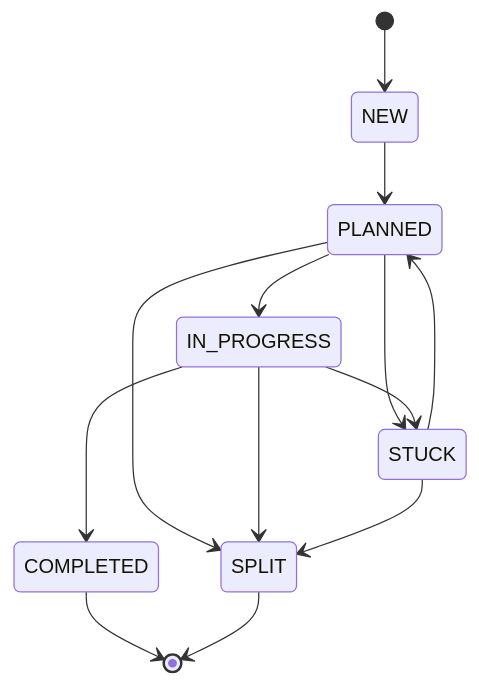
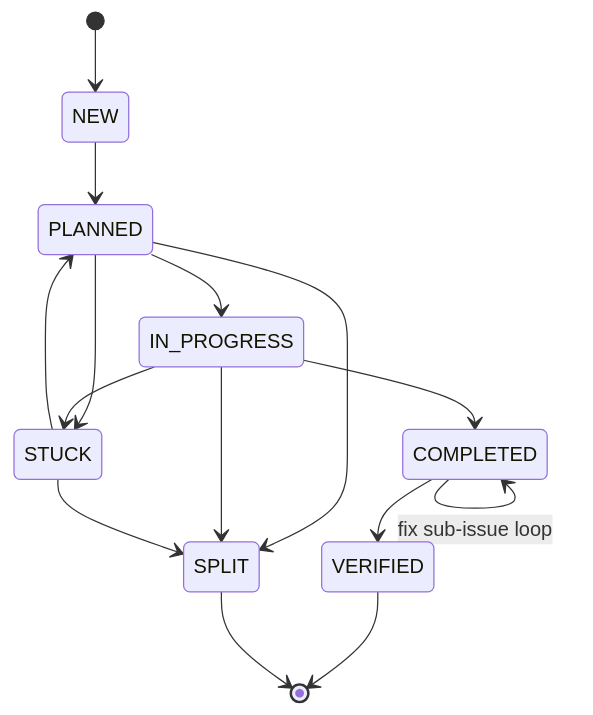
Before and after one commit to vx-daniel/barf-ts: the diagram in README.md, drawn with Mermaid. The commit also changed other lines of this file and 11 other files, not shown here.

````diff
--- a/README.md
+++ b/README.md
@@ -92,15 +93,17 @@
 ```mermaid
 stateDiagram-v2
     [*] --> NEW
     NEW --> PLANNED
     PLANNED --> IN_PROGRESS
     PLANNED --> STUCK
     PLANNED --> SPLIT
     IN_PROGRESS --> COMPLETED
     IN_PROGRESS --> STUCK
     IN_PROGRESS --> SPLIT
     STUCK --> PLANNED
     STUCK --> SPLIT
-    COMPLETED --> [*]
+    COMPLETED --> VERIFIED
+    COMPLETED --> COMPLETED : fix sub-issue loop
+    VERIFIED --> [*]
     SPLIT --> [*]
 ```
````
